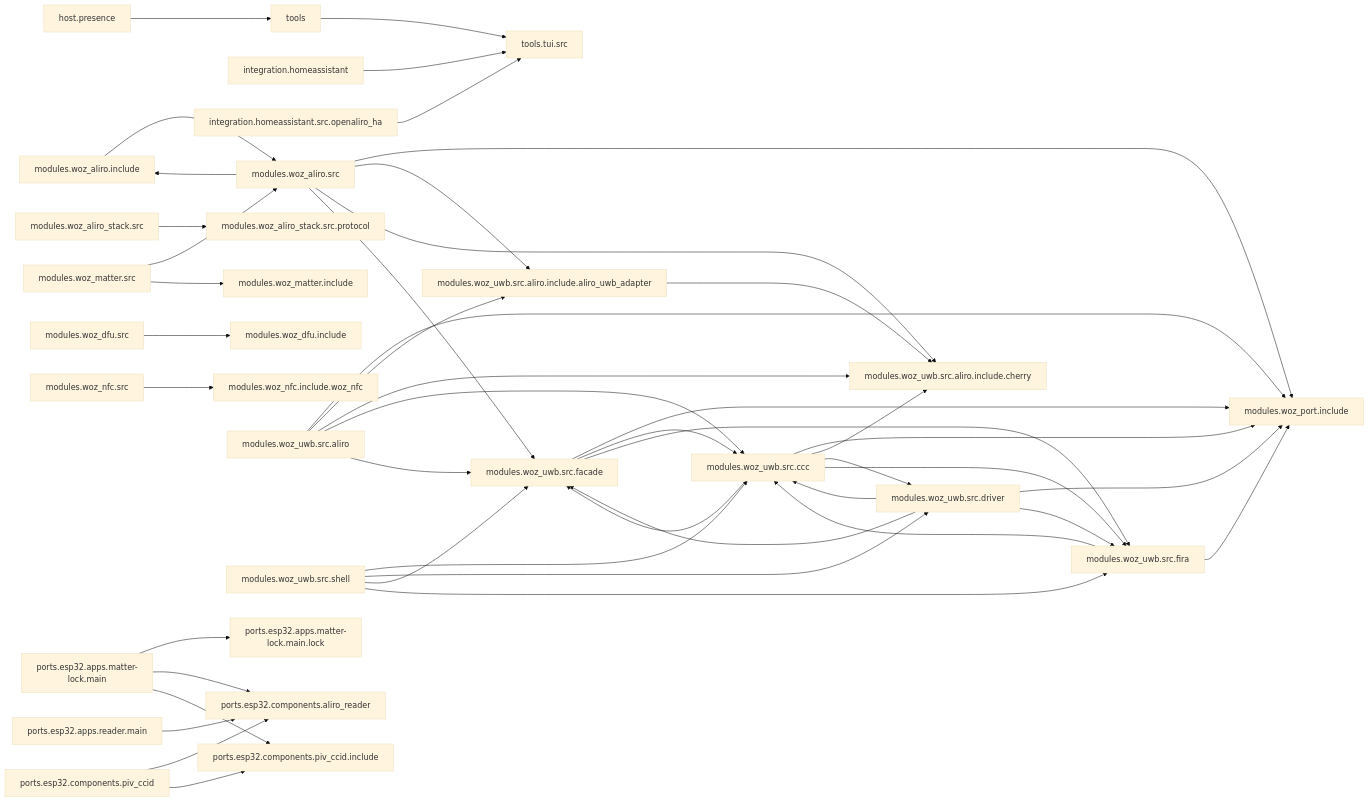
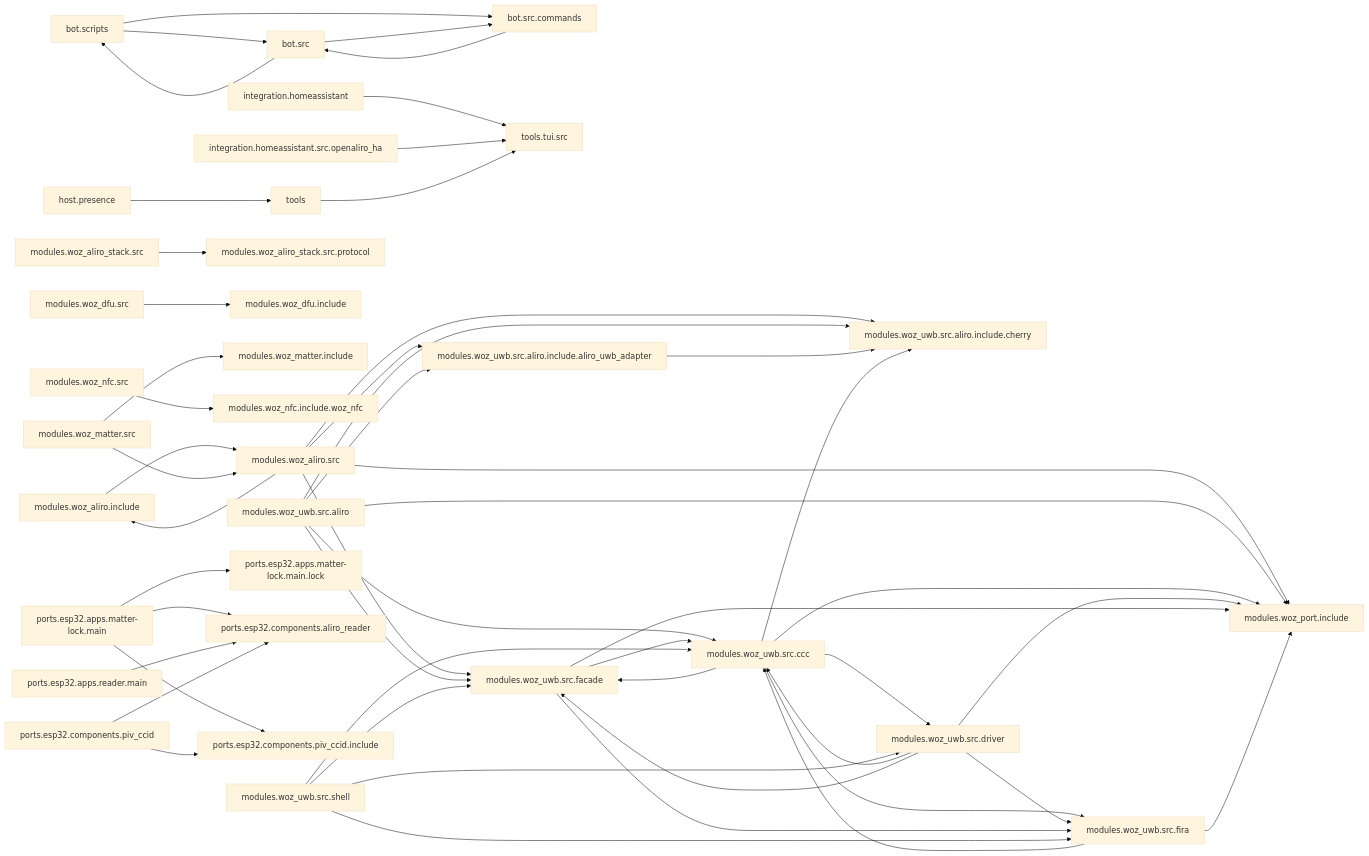
Before and after one commit to jonathan-shc/UWB: the diagram in docs/ARCHITECTURE.md, drawn with Mermaid (base theme). The commit also changed other lines of this file and 258 other files, not shown here.

````diff
--- a/docs/ARCHITECTURE.md
+++ b/docs/ARCHITECTURE.md
@@ -6,48 +6,53 @@
 ```mermaid
 flowchart LR
+  bot.scripts --> bot.src
+  bot.scripts --> bot.src.commands
+  bot.src --> bot.scripts
+  bot.src --> bot.src.commands
+  bot.src.commands --> bot.src
   host.presence --> tools
   integration.homeassistant --> tools.tui.src
   integration.homeassistant.src.openaliro_ha --> tools.tui.src
   modules.woz_aliro.include --> modules.woz_aliro.src
   modules.woz_aliro.src --> modules.woz_aliro.include
   modules.woz_aliro.src --> modules.woz_port.include
   modules.woz_aliro.src --> modules.woz_uwb.src.aliro.include.aliro_uwb_adapter
   modules.woz_aliro.src --> modules.woz_uwb.src.aliro.include.cherry
   modules.woz_aliro.src --> modules.woz_uwb.src.facade
   modules.woz_aliro_stack.src --> modules.woz_aliro_stack.src.protocol
   modules.woz_dfu.src --> modules.woz_dfu.include
   modules.woz_matter.src --> modules.woz_aliro.src
   modules.woz_matter.src --> modules.woz_matter.include
   modules.woz_nfc.src --> modules.woz_nfc.include.woz_nfc
   modules.woz_uwb.src.aliro --> modules.woz_port.include
   modules.woz_uwb.src.aliro --> modules.woz_uwb.src.aliro.include.aliro_uwb_adapter
   modules.woz_uwb.src.aliro --> modules.woz_uwb.src.aliro.include.cherry
   modules.woz_uwb.src.aliro --> modules.woz_uwb.src.ccc
   modules.woz_uwb.src.aliro --> modules.woz_uwb.src.facade
   modules.woz_uwb.src.aliro.include.aliro_uwb_adapter --> modules.woz_uwb.src.aliro.include.cherry
   modules.woz_uwb.src.ccc --> modules.woz_port.include
   modules.woz_uwb.src.ccc --> modules.woz_uwb.src.aliro.include.cherry
   modules.woz_uwb.src.ccc --> modules.woz_uwb.src.driver
   modules.woz_uwb.src.ccc --> modules.woz_uwb.src.facade
   modules.woz_uwb.src.ccc --> modules.woz_uwb.src.fira
   modules.woz_uwb.src.driver --> modules.woz_port.include
   modules.woz_uwb.src.driver --> modules.woz_uwb.src.ccc
   modules.woz_uwb.src.driver --> modules.woz_uwb.src.facade
   modules.woz_uwb.src.driver --> modules.woz_uwb.src.fira
   modules.woz_uwb.src.facade --> modules.woz_port.include
   modules.woz_uwb.src.facade --> modules.woz_uwb.src.ccc
   modules.woz_uwb.src.facade --> modules.woz_uwb.src.fira
   modules.woz_uwb.src.fira --> modules.woz_port.include
   modules.woz_uwb.src.fira --> modules.woz_uwb.src.ccc
   modules.woz_uwb.src.shell --> modules.woz_uwb.src.ccc
   modules.woz_uwb.src.shell --> modules.woz_uwb.src.driver
   modules.woz_uwb.src.shell --> modules.woz_uwb.src.facade
   modules.woz_uwb.src.shell --> modules.woz_uwb.src.fira
   ports.esp32.apps.matter-lock.main --> ports.esp32.apps.matter-lock.main.lock
   ports.esp32.apps.matter-lock.main --> ports.esp32.components.aliro_reader
   ports.esp32.apps.matter-lock.main --> ports.esp32.components.piv_ccid.include
   ports.esp32.apps.reader.main --> ports.esp32.components.aliro_reader
   ports.esp32.components.piv_ccid --> ports.esp32.components.aliro_reader
   ports.esp32.components.piv_ccid --> ports.esp32.components.piv_ccid.include
   tools --> tools.tui.src
 ```
````
